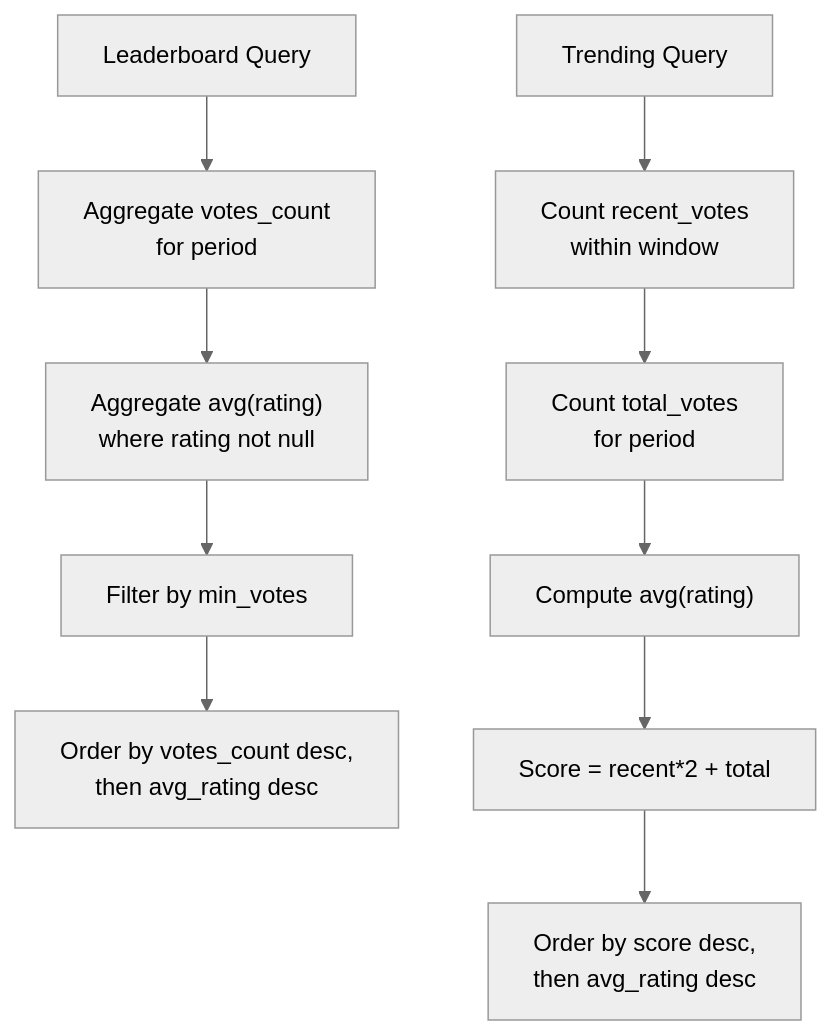
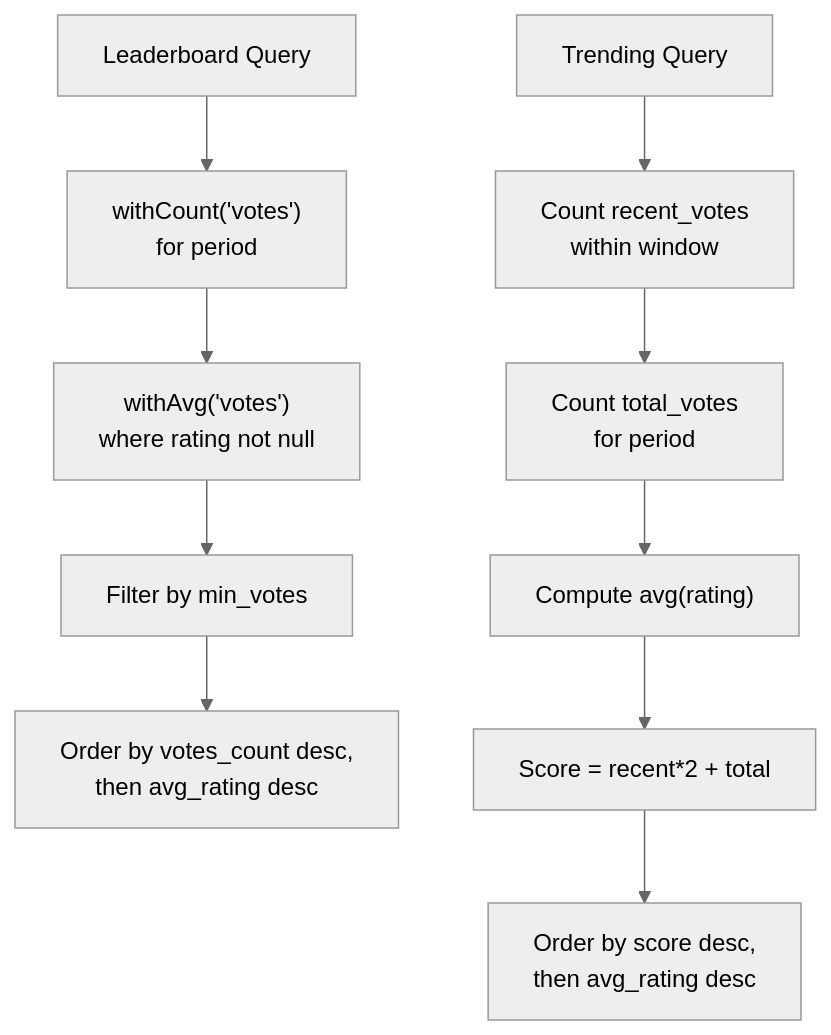
One commit to Hamdies/waddy_back changed the sixth of 8 diagrams in .qoder/repowiki/en/content/Business Modules/PlacesToVisit Module/Voting and Rating System.md. Above: the diagram before and after it, drawn with Mermaid (neutral theme). The commit also changed other lines of this file and 4 other files, not shown here.

````diff
--- a/.qoder/repowiki/en/content/Business Modules/PlacesToVisit Module/Voting and Rating System.md
+++ b/.qoder/repowiki/en/content/Business Modules/PlacesToVisit Module/Voting and Rating System.md
@@ -291,12 +322,12 @@
 ```mermaid
 flowchart TD
-A["Leaderboard Query"] --> B["Aggregate votes_count<br/>for period"]
-B --> C["Aggregate avg(rating)<br/>where rating not null"]
+A["Leaderboard Query"] --> B["withCount('votes')<br/>for period"]
+B --> C["withAvg('votes')<br/>where rating not null"]
 C --> D["Filter by min_votes"]
 D --> E["Order by votes_count desc,<br/>then avg_rating desc"]
 F["Trending Query"] --> G["Count recent_votes<br/>within window"]
 G --> H["Count total_votes<br/>for period"]
 H --> I["Compute avg(rating)"]
 I --> J["Score = recent*2 + total"]
 J --> K["Order by score desc,<br/>then avg_rating desc"]
 ```
````
